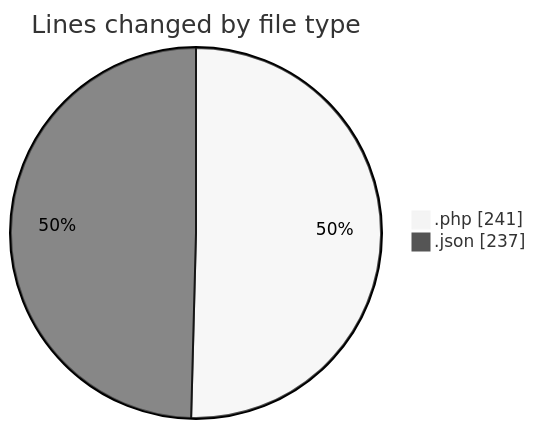
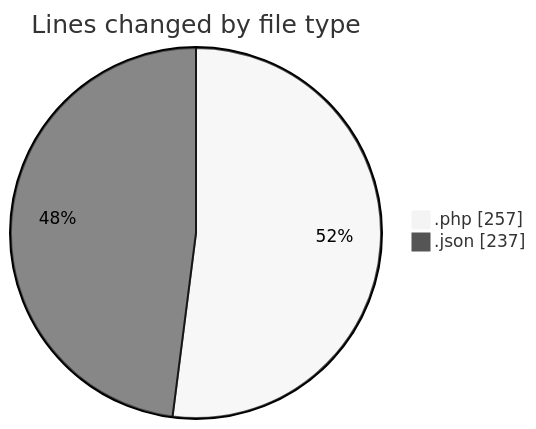
Before and after one commit to idhammustaqopulfikri/code-tracking: the first of 2 diagrams in 2025-06-17/studio-backend/README.md, drawn with Mermaid (neutral theme). The commit also changed other lines of this file and 1 other file, not shown here.

````diff
--- a/2025-06-17/studio-backend/README.md
+++ b/2025-06-17/studio-backend/README.md
@@ -21,6 +21,6 @@
 ```mermaid
 pie showData
 title Lines changed by file type
-".php" : 241
+".php" : 257
 ".json" : 237
 ```
````
